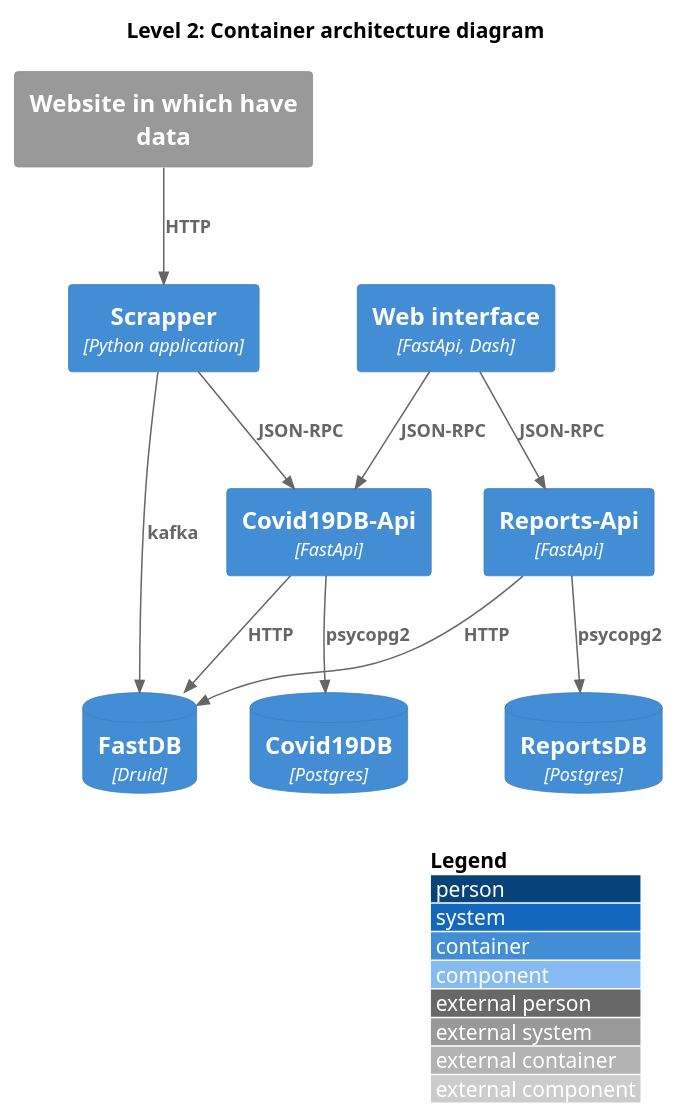
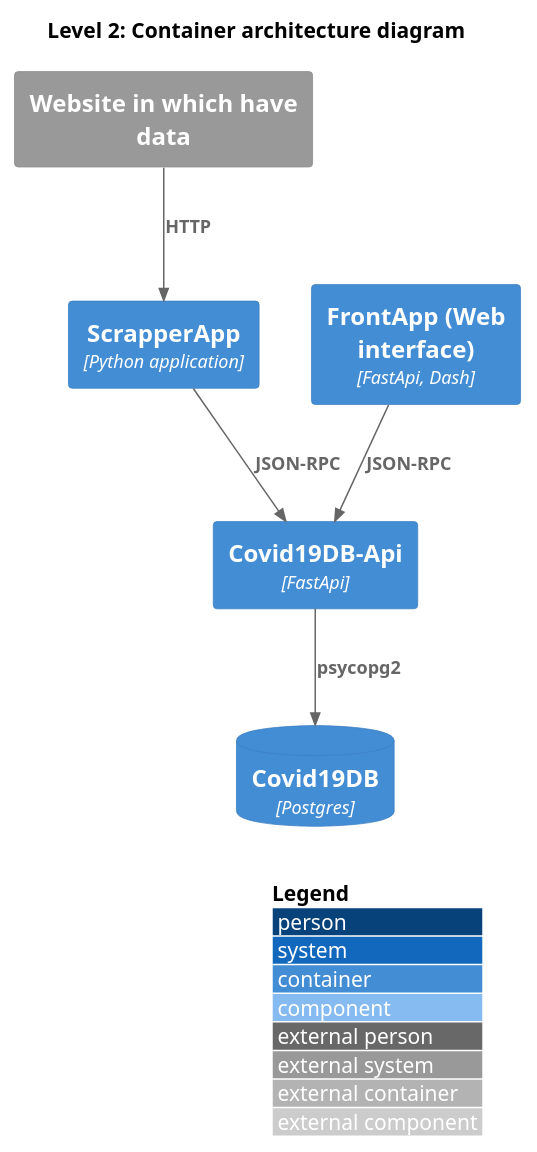
Before and after one commit to rockmind/LoveAndMarriage: the diagram in docs/Diagram-C2.puml, drawn with PlantUML. The commit also changed 1 other file, not shown here.

Commit message:
# update diagram

```diff
--- a/docs/Diagram-C2.puml
+++ b/docs/Diagram-C2.puml
@@ -1,30 +1,28 @@
 @startuml LoveAndMarriage
 !include plugins/C4-PlantUML/C4_Component.puml
 
 title Level 2: Container architecture diagram
 
 LAYOUT_WITH_LEGEND()
 
 System_Ext(externalSite, "Website in which have data")
 
-Container(scrapper, "Scrapper", "Python application")
-Container(webInterface, "Web interface", "FastApi, Dash")
+Container(scrapper, "ScrapperApp", "Python application")
+Container(webInterface, "FrontApp (Web interface)", "FastApi, Dash")
 Container(covid19DbApi, "Covid19DB-Api", "FastApi")
-Container(reportsApi, "Reports-Api", "FastApi")
+
 
 ContainerDb(covid19Db, Covid19DB, Postgres)
-ContainerDb(reportsDb, ReportsDB, Postgres)
-ContainerDb(fastDb, FastDB, Druid)
+
+
 
 
 Rel(externalSite, scrapper, "HTTP")
 Rel(scrapper, covid19DbApi, "JSON-RPC")
-Rel(scrapper, fastDb, "kafka")
 Rel(webInterface, covid19DbApi, "JSON-RPC")
 Rel(covid19DbApi, covid19Db, "psycopg2")
-Rel(reportsApi, reportsDb, "psycopg2")
-Rel(reportsApi, fastDb, "HTTP")
-Rel(covid19DbApi, fastDb, "HTTP")
-Rel(webInterface, reportsApi, "JSON-RPC")
+
+
+
 
 @enduml
```
